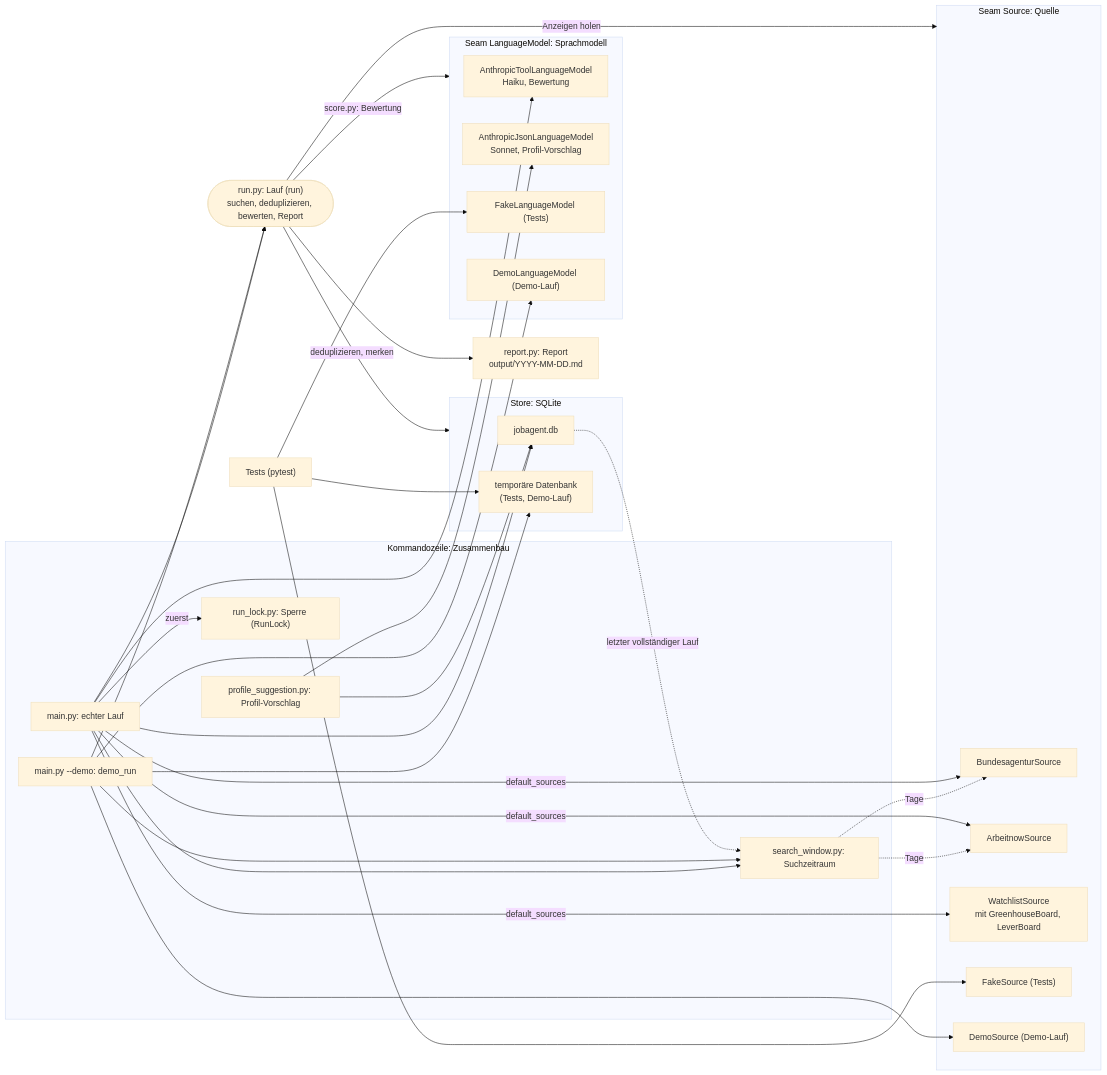
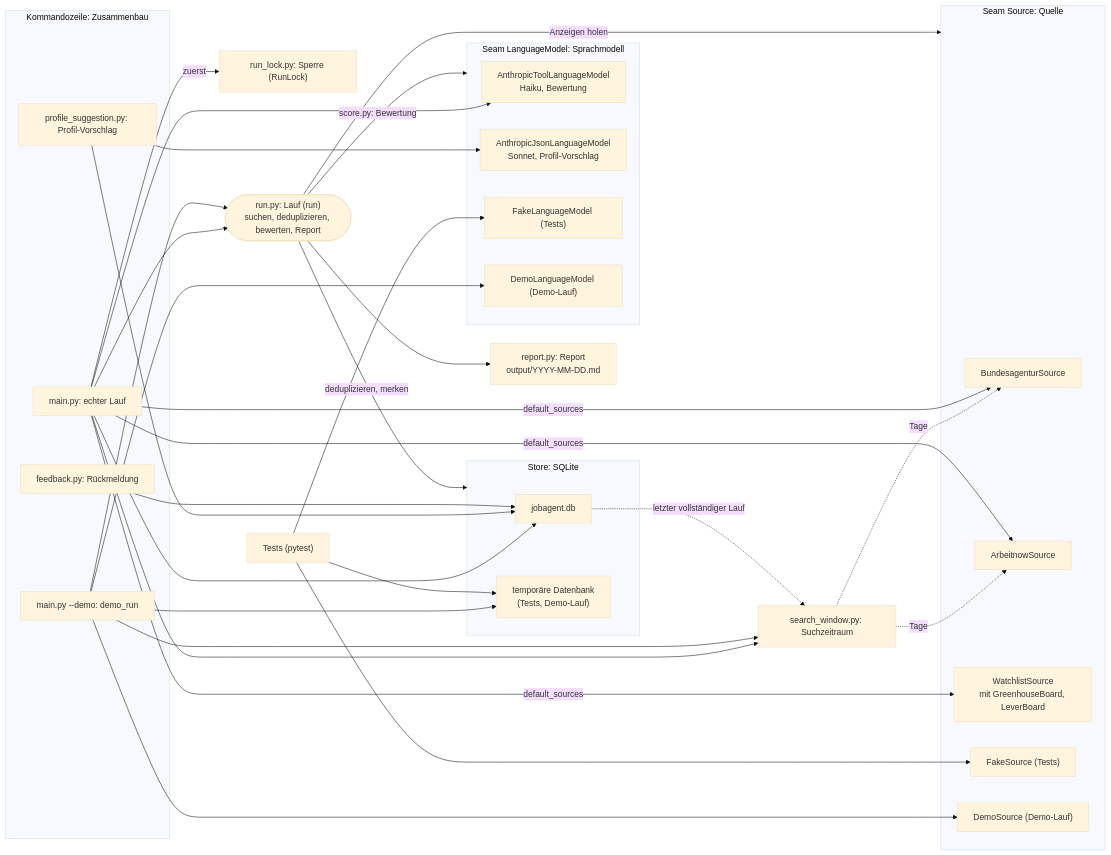
One commit to bettinawoste-wq/jobagent changed the diagram in README.md. Above: the diagram before and after it, drawn with Mermaid (base theme).

Commit message:
Rückmeldung im Aufbau-Diagramm zeigen, Sperre und Suchzeitraum lösen
Das Review fand die Rückmeldung als eigenes Kommando am Store nicht im
Zusammenbau, und Sperre und Suchzeitraum standen als Teil der
Kommandozeile da, obwohl der Zusammenbau sie nur benutzt.

Refs #44

````diff
--- a/README.md
+++ b/README.md
@@ -130,56 +130,59 @@
 ```mermaid
 flowchart LR
     subgraph cli["Kommandozeile: Zusammenbau"]
         realRun["main.py: echter Lauf"]
         demoRun["main.py --demo: demo_run"]
         suggestion["profile_suggestion.py: Profil-Vorschlag"]
-        lock["run_lock.py: Sperre (RunLock)"]
-        window["search_window.py: Suchzeitraum"]
+        feedbackCli["feedback.py: Rückmeldung"]
     end
+
+    lock["run_lock.py: Sperre (RunLock)"]
+    window["search_window.py: Suchzeitraum"]
 
     tests["Tests (pytest)"]
 
     runNode(["run.py: Lauf (run)<br/>suchen, deduplizieren, bewerten, Report"])
     reportFile["report.py: Report<br/>output/YYYY-MM-DD.md"]
 
     subgraph sourceSeam["Seam Source: Quelle"]
         ba["BundesagenturSource"]
         an["ArbeitnowSource"]
         wl["WatchlistSource<br/>mit GreenhouseBoard, LeverBoard"]
         fakeSource["FakeSource (Tests)"]
         demoSource["DemoSource (Demo-Lauf)"]
     end
 
     subgraph modelSeam["Seam LanguageModel: Sprachmodell"]
         haiku["AnthropicToolLanguageModel<br/>Haiku, Bewertung"]
         sonnet["AnthropicJsonLanguageModel<br/>Sonnet, Profil-Vorschlag"]
         fakeModel["FakeLanguageModel (Tests)"]
         demoModel["DemoLanguageModel (Demo-Lauf)"]
     end
 
     subgraph storeSeam["Store: SQLite"]
         db["jobagent.db"]
         tempDb["temporäre Datenbank<br/>(Tests, Demo-Lauf)"]
     end
 
     realRun -- "zuerst" --> lock
     realRun --> window
     demoRun --> window
     db -. "letzter vollständiger Lauf" .-> window
     window -. "Tage" .-> ba
     window -. "Tage" .-> an
     realRun -- "default_sources" --> ba
     realRun -- "default_sources" --> an
     realRun -- "default_sources" --> wl
     realRun --> haiku & db
     demoRun --> demoSource & demoModel & tempDb
     suggestion --> sonnet & db
+    feedbackCli --> db
     tests --> fakeSource & fakeModel & tempDb
 
     realRun --> runNode
     demoRun --> runNode
     runNode -- "Anzeigen holen" --> sourceSeam
     runNode -- "score.py: Bewertung" --> modelSeam
     runNode -- "deduplizieren, merken" --> storeSeam
     runNode --> reportFile
 ```
````
